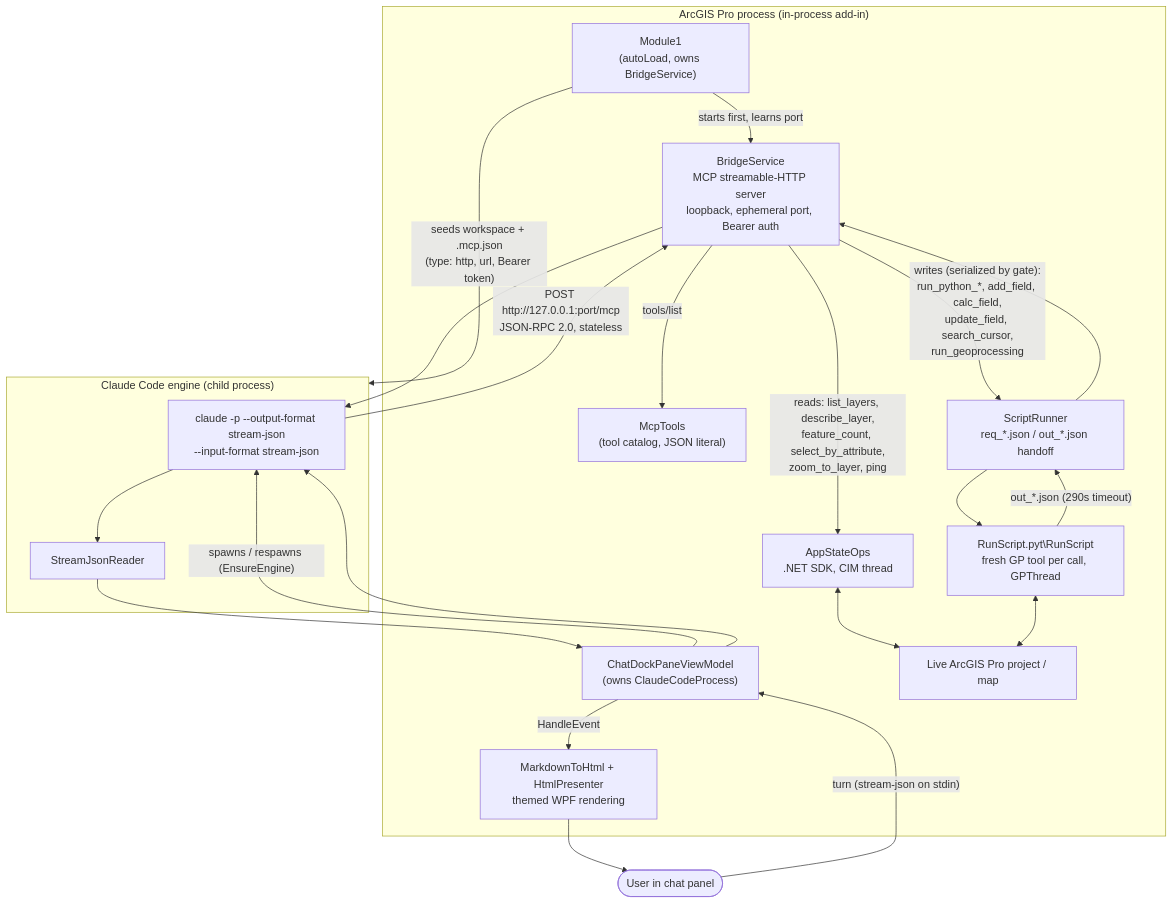
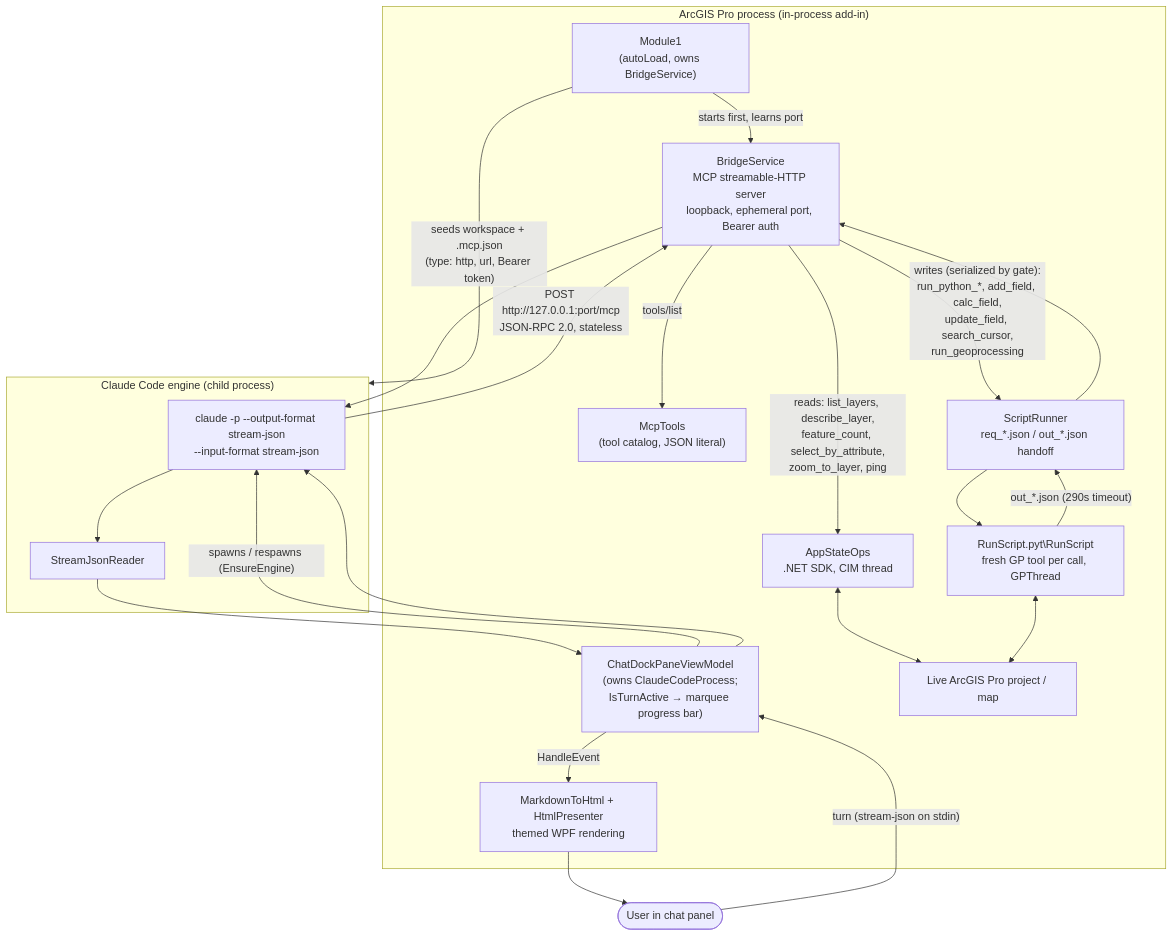
The first of 2 diagrams in DIAGRAM.md (mraad/ProCowork), drawn with Mermaid before and after one commit. The commit also changed other lines of this file and 9 other files, not shown here.

````diff
--- a/DIAGRAM.md
+++ b/DIAGRAM.md
@@ -8,38 +8,38 @@
 ```mermaid
 flowchart TB
     subgraph ProProcess["ArcGIS Pro process (in-process add-in)"]
         Module1["Module1<br/>(autoLoad, owns BridgeService)"]
-        DockPane["ChatDockPaneViewModel<br/>(owns ClaudeCodeProcess)"]
+        DockPane["ChatDockPaneViewModel<br/>(owns ClaudeCodeProcess;<br/>IsTurnActive → marquee progress bar)"]
         BridgeService["BridgeService<br/>MCP streamable-HTTP server<br/>loopback, ephemeral port, Bearer auth"]
         McpTools["McpTools<br/>(tool catalog, JSON literal)"]
         AppStateOps["AppStateOps<br/>.NET SDK, CIM thread"]
         ScriptRunner["ScriptRunner<br/>req_*.json / out_*.json handoff"]
         RunScriptPyt["RunScript.pyt\RunScript<br/>fresh GP tool per call, GPThread"]
         HtmlPresenter["MarkdownToHtml + HtmlPresenter<br/>themed WPF rendering"]
         LiveMap["Live ArcGIS Pro project / map"]
     end
 
     subgraph EngineProcess["Claude Code engine (child process)"]
         ClaudeCodeProcess["claude -p --output-format stream-json<br/>--input-format stream-json"]
         StreamJsonReader["StreamJsonReader"]
     end
 
     User(["User in chat panel"])
 
     Module1 -- "starts first, learns port" --> BridgeService
     Module1 -- "seeds workspace + .mcp.json<br/>(type: http, url, Bearer token)" --> EngineProcess
     DockPane -- "spawns / respawns (EnsureEngine)" --> ClaudeCodeProcess
     User -- "turn (stream-json on stdin)" --> DockPane --> ClaudeCodeProcess
     ClaudeCodeProcess --> StreamJsonReader --> DockPane
     DockPane -- "HandleEvent" --> HtmlPresenter --> User
 
     ClaudeCodeProcess -- "POST http://127.0.0.1:port/mcp<br/>JSON-RPC 2.0, stateless" --> BridgeService
     BridgeService -- "tools/list" --> McpTools
 
     BridgeService -- "reads: list_layers, describe_layer,<br/>feature_count, select_by_attribute,<br/>zoom_to_layer, ping" --> AppStateOps
     BridgeService -- "writes (serialized by gate):<br/>run_python_*, add_field, calc_field,<br/>update_field, search_cursor,<br/>run_geoprocessing" --> ScriptRunner
     ScriptRunner --> RunScriptPyt
     AppStateOps <--> LiveMap
     RunScriptPyt <--> LiveMap
     RunScriptPyt -- "out_*.json (290s timeout)" --> ScriptRunner --> BridgeService --> ClaudeCodeProcess
 ```
````
